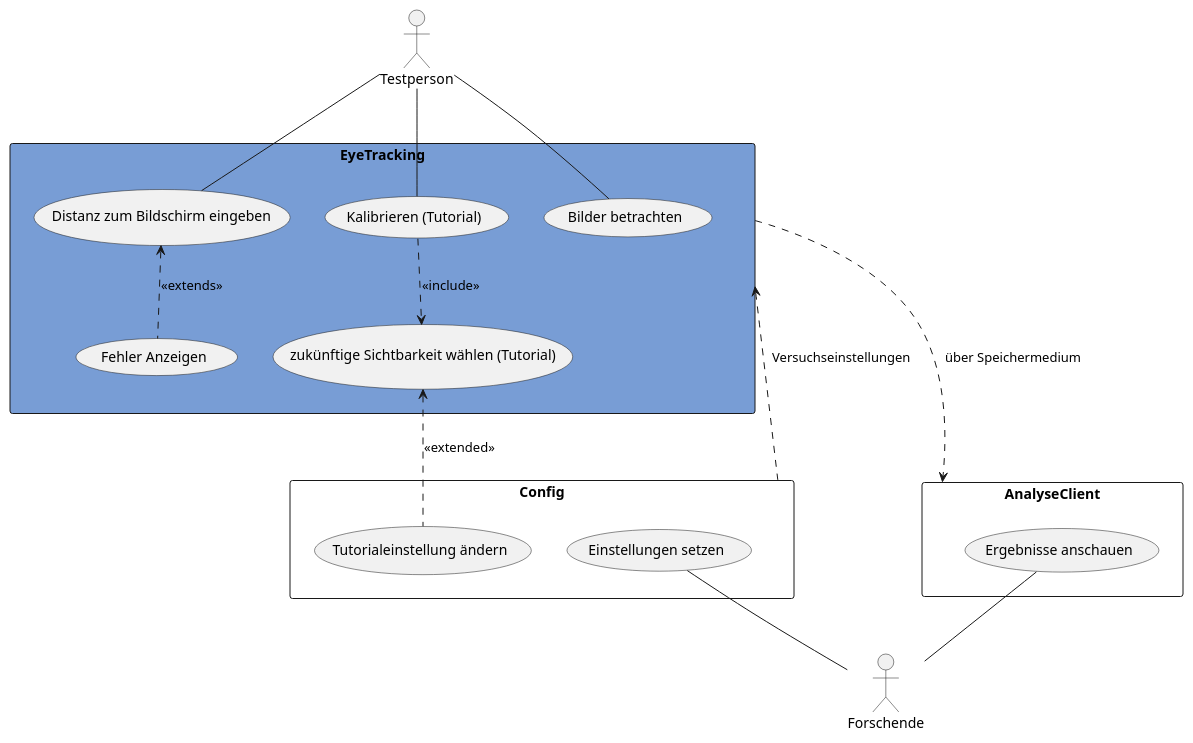
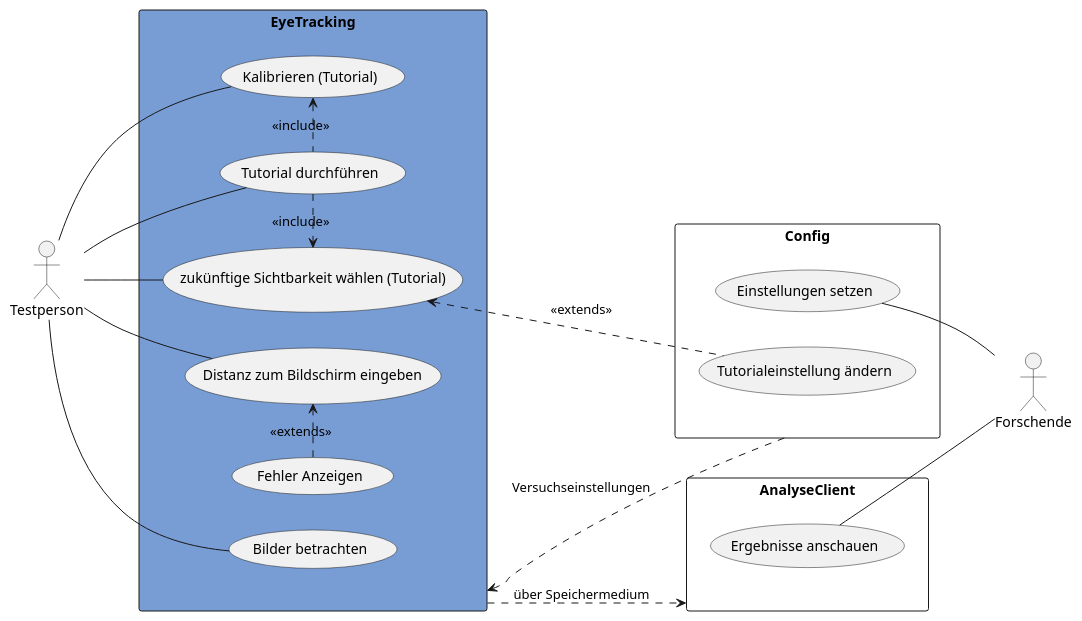
One commit to weichware10/meilensteine changed the diagram in meilenstein_05/usecase-EyeTracking/usecase-EyeTracking.puml. Above: the diagram before and after it, drawn with PlantUML.

Commit message:
extend include ausgebessert

```diff
--- a/meilenstein_05/usecase-EyeTracking/usecase-EyeTracking.puml
+++ b/meilenstein_05/usecase-EyeTracking/usecase-EyeTracking.puml
@@ -1,41 +1,45 @@
 @startuml EyeTracking
-
-' left to right direction
+left to right direction
 
 actor Testperson as t
 actor Forschende as f
 
 rectangle EyeTracking as z #789dd5 {
     usecase "Distanz zum Bildschirm eingeben" as db
+    usecase "Tutorial durchführen" as td
     usecase "Kalibrieren (Tutorial)" as kt
     usecase "zukünftige Sichtbarkeit wählen (Tutorial)" as tw
     usecase "Bilder betrachten" as bb
     usecase "Fehler Anzeigen" as fa
+
+    td .l.> kt : <<include>>
+    td .r.> tw : <<include>>
+    db <.l. fa : <<extends>>
 }
 
 rectangle AnalyseClient as a {
     usecase "Ergebnisse anschauen" as ea
 }
 
 rectangle Config as c {
     usecase "Einstellungen setzen" as es
     usecase "Tutorialeinstellung ändern" as tä
 }
 
 ' Testperson
+t -- td
 t -- db
 t -- kt
 t -- bb
+t -- tw
 
 ' Forschende
 es -- f
 ea -- f
 
 ' intern
-tw <.. tä : <<extended>> 
+tw <.. tä : <<extends>> 
 z ..> a : über Speichermedium
 z <.. c : Versuchseinstellungen
-db <.. fa : <<extends>>
-kt ..> tw : <<include>>
 
 @enduml
```
